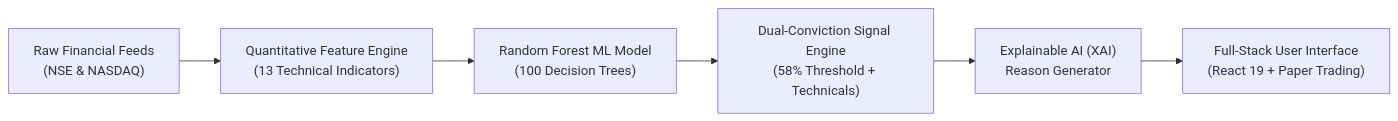
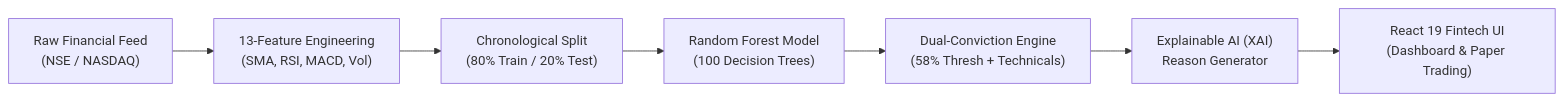
One commit to YASHWANTHGOWDAH/Trading-bot-with-ML changed the first of 4 diagrams in docs/FINAL_PROJECT_REPORT_BIS786.md. Above: the diagram before and after it, drawn with Mermaid. The commit also changed other lines of this file and 8 other files, not shown here.

````diff
--- a/docs/FINAL_PROJECT_REPORT_BIS786.md
+++ b/docs/FINAL_PROJECT_REPORT_BIS786.md
@@ -382,8 +761,9 @@
 ```mermaid
 flowchart LR
-    A["Raw Financial Feeds<br>(NSE & NASDAQ)"] --> B["Quantitative Feature Engine<br>(13 Technical Indicators)"]
-    B --> C["Random Forest ML Model<br>(100 Decision Trees)"]
-    C --> D["Dual-Conviction Signal Engine<br>(58% Threshold + Technicals)"]
-    D --> E["Explainable AI (XAI)<br>Reason Generator"]
-    E --> F["Full-Stack User Interface<br>(React 19 + Paper Trading)"]
+    A["Raw Financial Feed<br>(NSE / NASDAQ)"] --> B["13-Feature Engineering<br>(SMA, RSI, MACD, Vol)"]
+    B --> C["Chronological Split<br>(80% Train / 20% Test)"]
+    C --> D["Random Forest Model<br>(100 Decision Trees)"]
+    D --> E["Dual-Conviction Engine<br>(58% Thresh + Technicals)"]
+    E --> F["Explainable AI (XAI)<br>Reason Generator"]
+    F --> G["React 19 Fintech UI<br>(Dashboard & Paper Trading)"]
 ```
````
